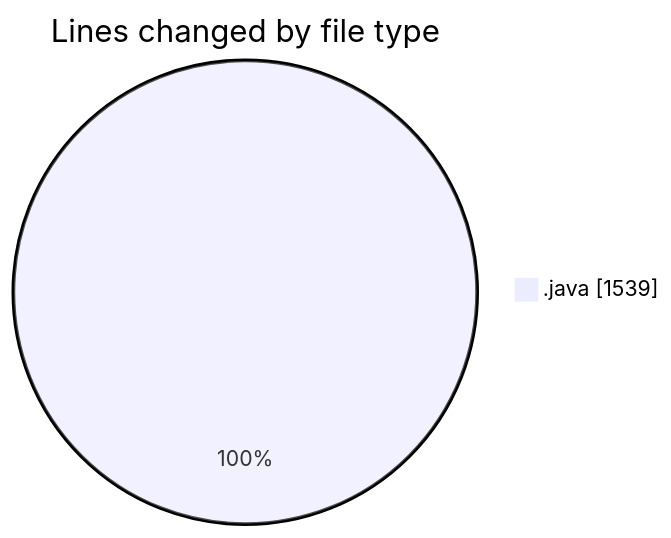
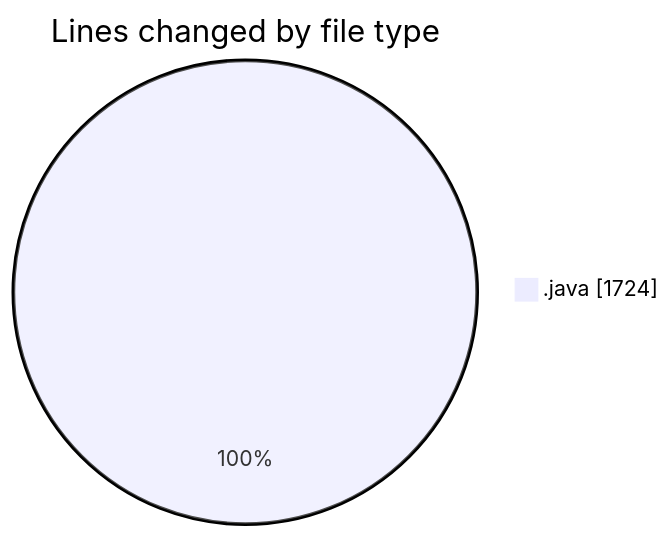
One commit to charlie-sans/code-tracking changed the first of 2 diagrams in 2025-02-23/micros/README.md. Above: the diagram before and after it, drawn with Mermaid. The commit also changed other lines of this file and 1 other file, not shown here.

````diff
--- a/2025-02-23/micros/README.md
+++ b/2025-02-23/micros/README.md
@@ -26,5 +27,5 @@
 ```mermaid
 pie showData
 title Lines changed by file type
-".java" : 1539
+".java" : 1724
 ```
````
